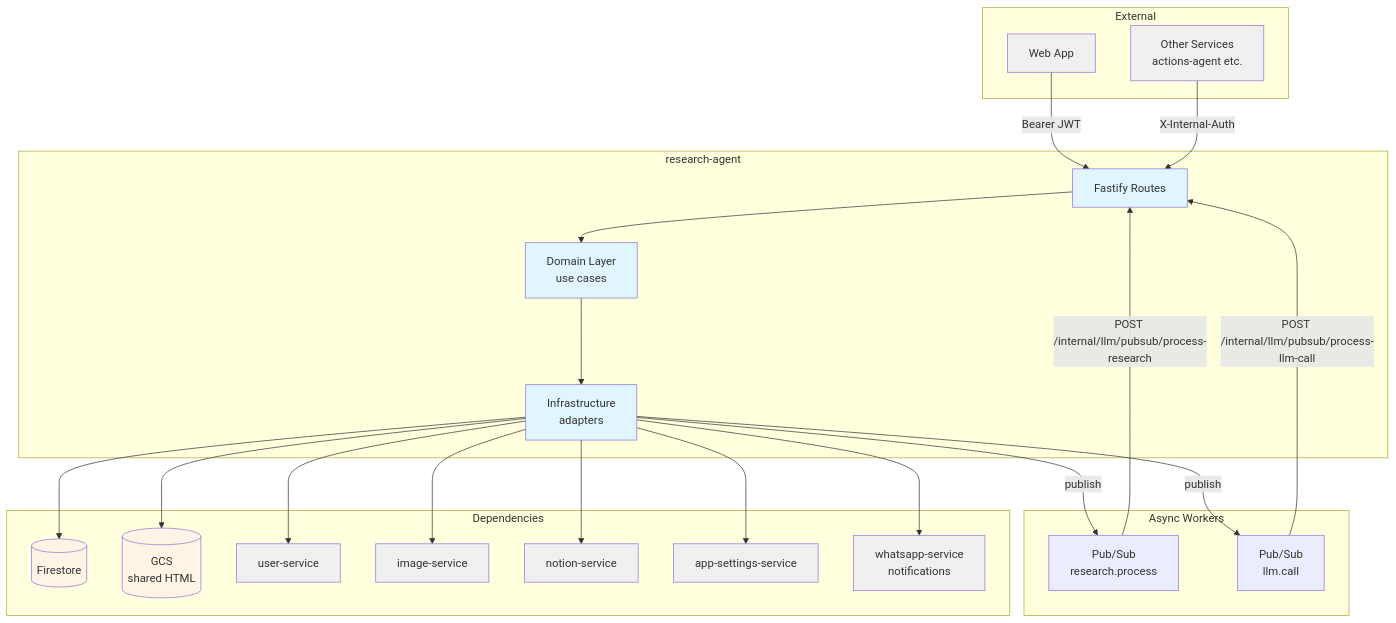
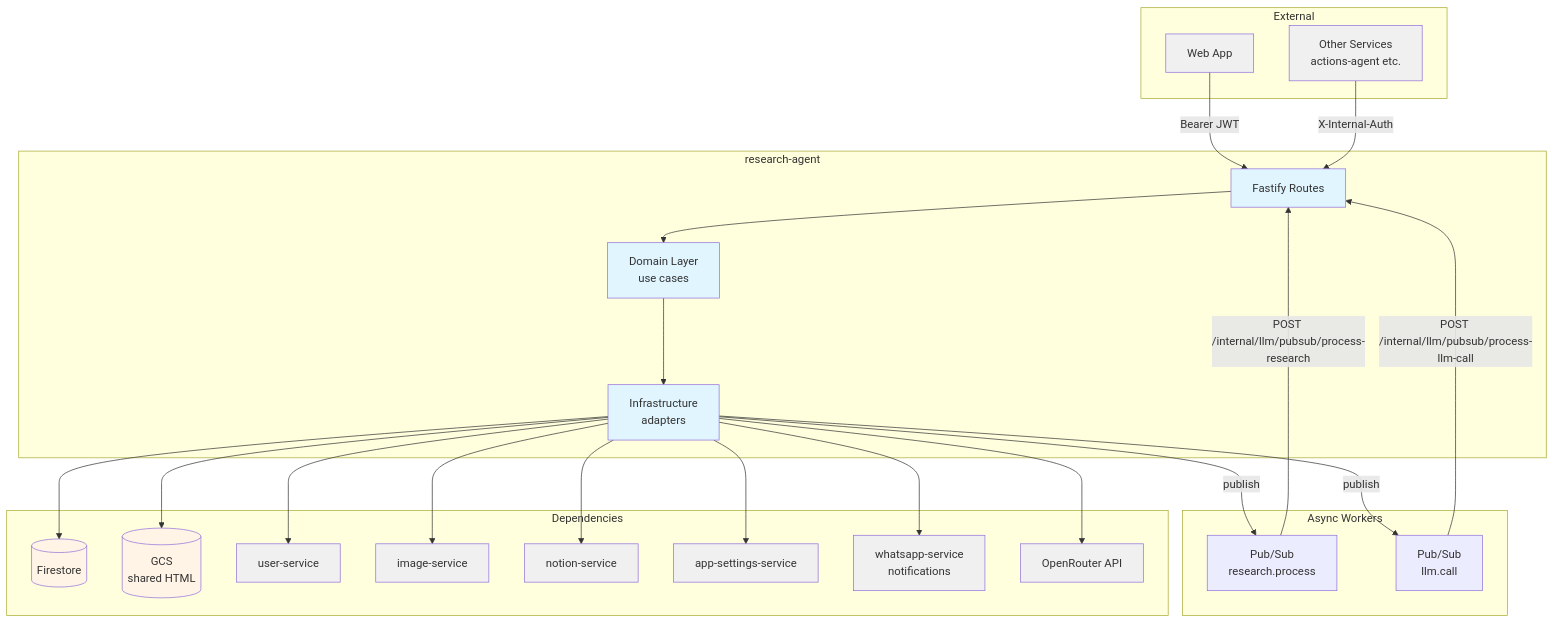
Before and after one commit to pbuchman/intexuraos: the first of 2 diagrams in docs/services/research-agent/technical.md, drawn with Mermaid. The commit also changed other lines of this file and 154 other files, not shown here.

````diff
--- a/docs/services/research-agent/technical.md
+++ b/docs/services/research-agent/technical.md
@@ -9,52 +9,54 @@
 ```mermaid
 graph TB
     subgraph "External"
         WebApp[Web App]
         OtherSvc[Other Services\nactions-agent etc.]
     end
 
     subgraph "research-agent"
         API[Fastify Routes]
         Domain[Domain Layer\nuse cases]
         Infra[Infrastructure\nadapters]
     end
 
     subgraph "Async Workers"
         PubSubProcess[Pub/Sub\nresearch.process]
         PubSubLlm[Pub/Sub\nllm.call]
     end
 
     subgraph "Dependencies"
         Firestore[(Firestore)]
         GCS[(GCS\nshared HTML)]
         UserSvc[user-service]
         ImageSvc[image-service]
         NotionSvc[notion-service]
         AppSettings[app-settings-service]
         WASvc[whatsapp-service\nnotifications]
+        OpenRouter[OpenRouter API]
     end
 
     WebApp -->|Bearer JWT| API
     OtherSvc -->|X-Internal-Auth| API
     API --> Domain
     Domain --> Infra
     Infra --> Firestore
     Infra -->|publish| PubSubProcess
     Infra -->|publish| PubSubLlm
     PubSubProcess -->|POST /internal/llm/pubsub/process-research| API
     PubSubLlm -->|POST /internal/llm/pubsub/process-llm-call| API
     Infra --> GCS
     Infra --> UserSvc
     Infra --> ImageSvc
     Infra --> NotionSvc
     Infra --> AppSettings
     Infra --> WASvc
+    Infra --> OpenRouter
 
     classDef service fill:#e1f5ff
     classDef storage fill:#fff4e6
     classDef external fill:#f0f0f0
 
     class API,Domain,Infra service
     class Firestore,GCS storage
-    class WebApp,OtherSvc,UserSvc,ImageSvc,NotionSvc,AppSettings,WASvc external
+    class WebApp,OtherSvc,UserSvc,ImageSvc,NotionSvc,AppSettings,WASvc,OpenRouter external
 ```
````
